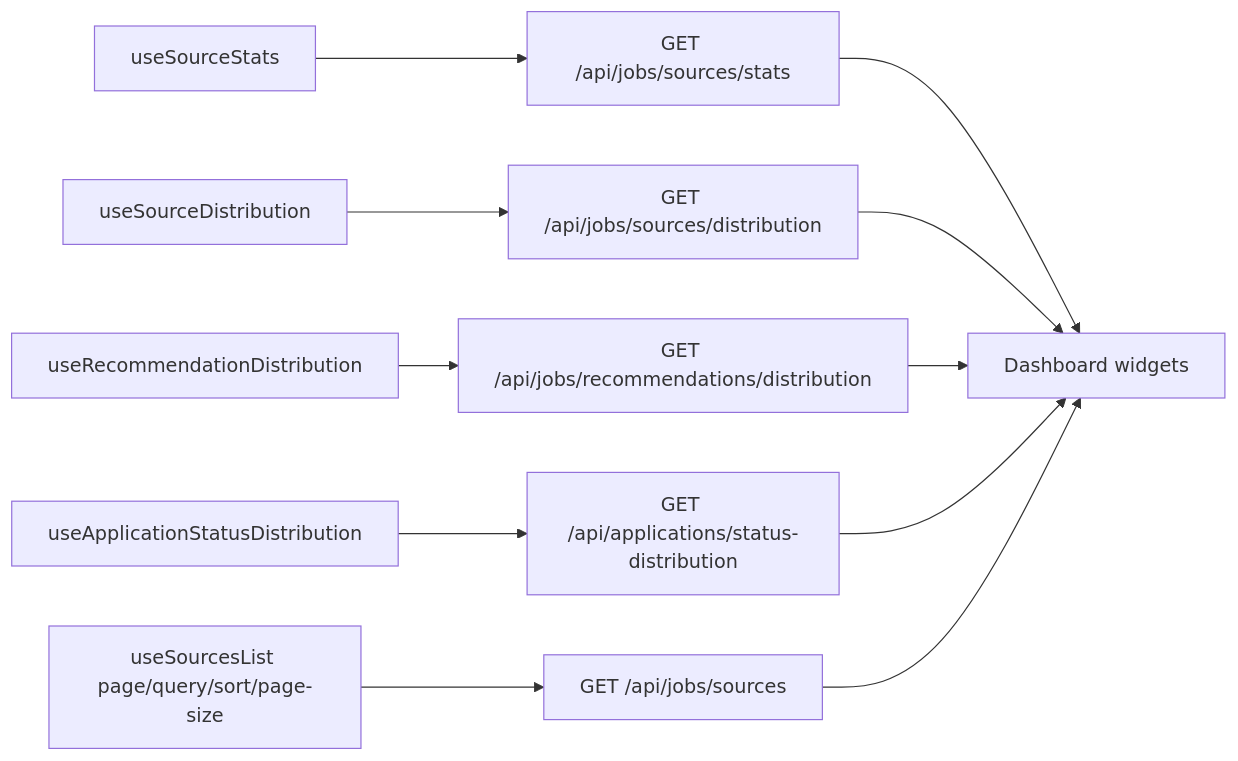
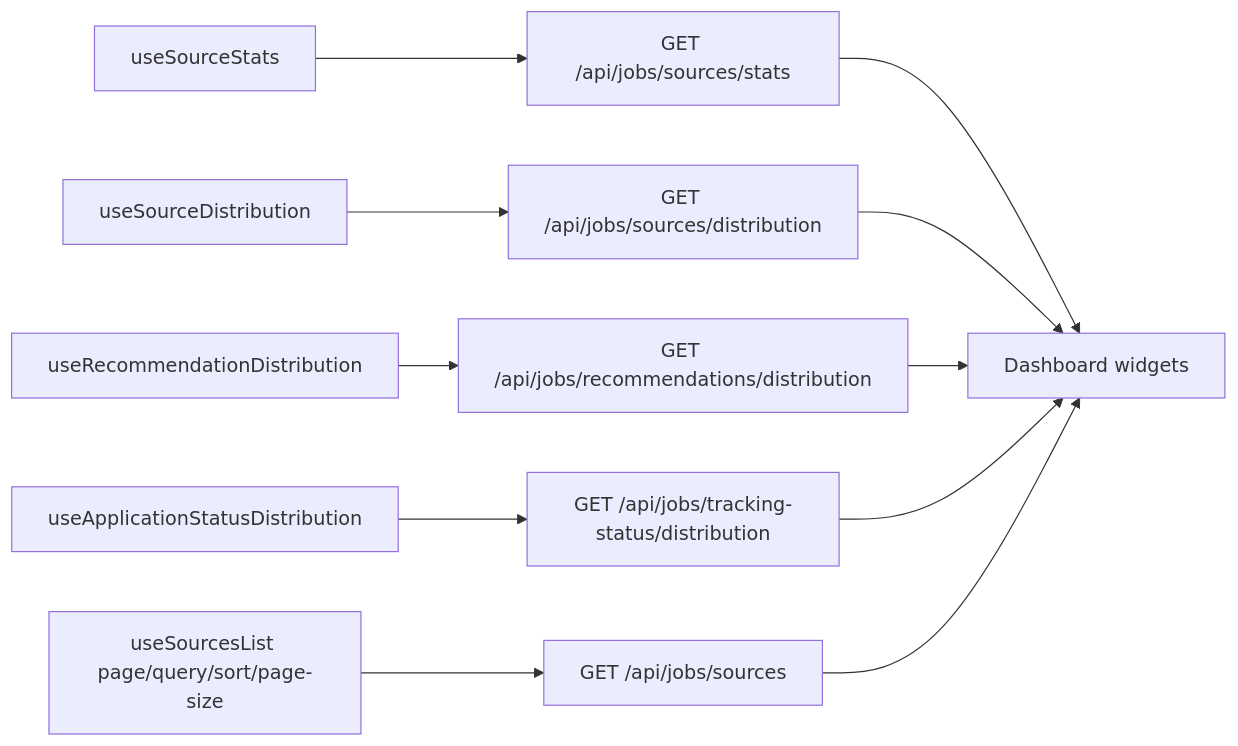
The diagram in docs/ux/features/dashboard/page.md (hassan-mohagheghian/job-flow), drawn with Mermaid before and after one commit. The commit also changed other lines of this file and 17 other files, not shown here.

````diff
--- a/docs/ux/features/dashboard/page.md
+++ b/docs/ux/features/dashboard/page.md
@@ -145,9 +148,9 @@
 ```mermaid
 flowchart LR
   A[useSourceStats] --> B[GET /api/jobs/sources/stats]
   C[useSourceDistribution] --> D[GET /api/jobs/sources/distribution]
   R[useRecommendationDistribution] --> P[GET /api/jobs/recommendations/distribution]
-  S[useApplicationStatusDistribution] --> T[GET /api/applications/status-distribution]
+  S[useApplicationStatusDistribution] --> T[GET /api/jobs/tracking-status/distribution]
   E[useSourcesList page/query/sort/page-size] --> F[GET /api/jobs/sources]
   B & D & P & T & F --> G[Dashboard widgets]
 ```
````
